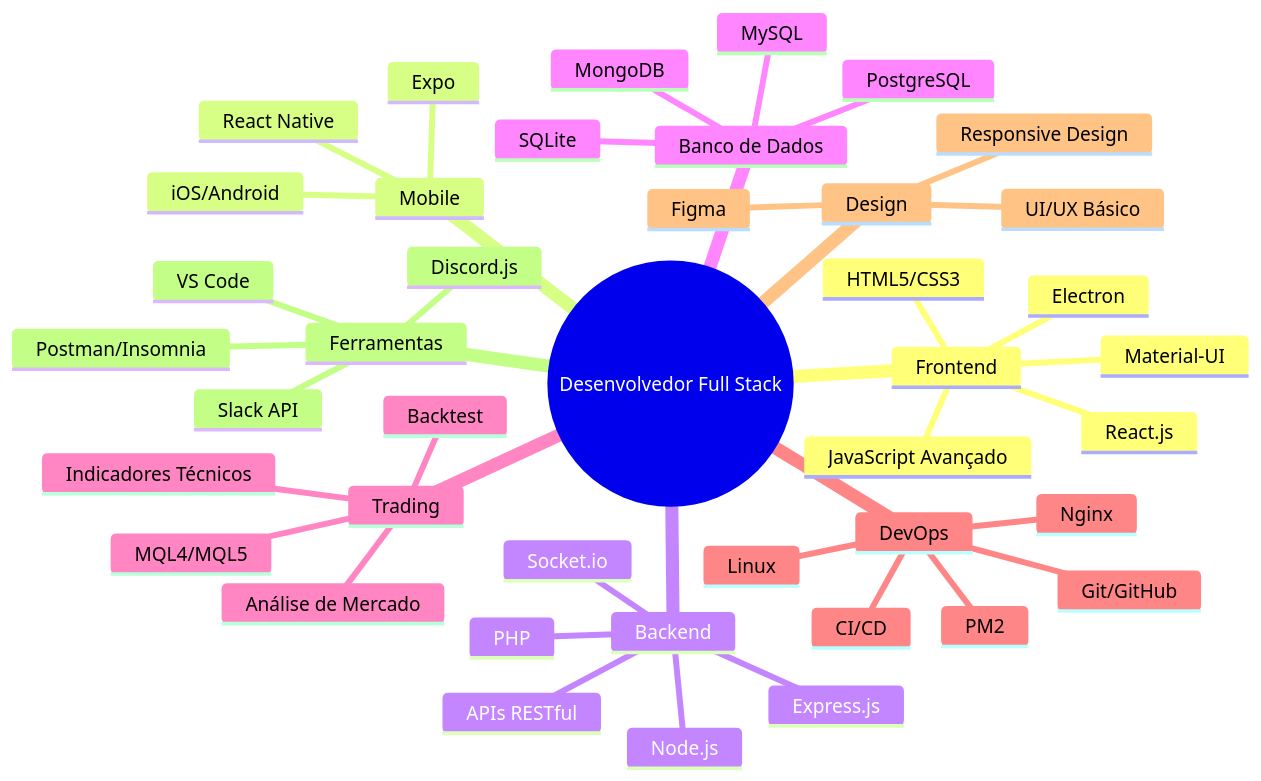
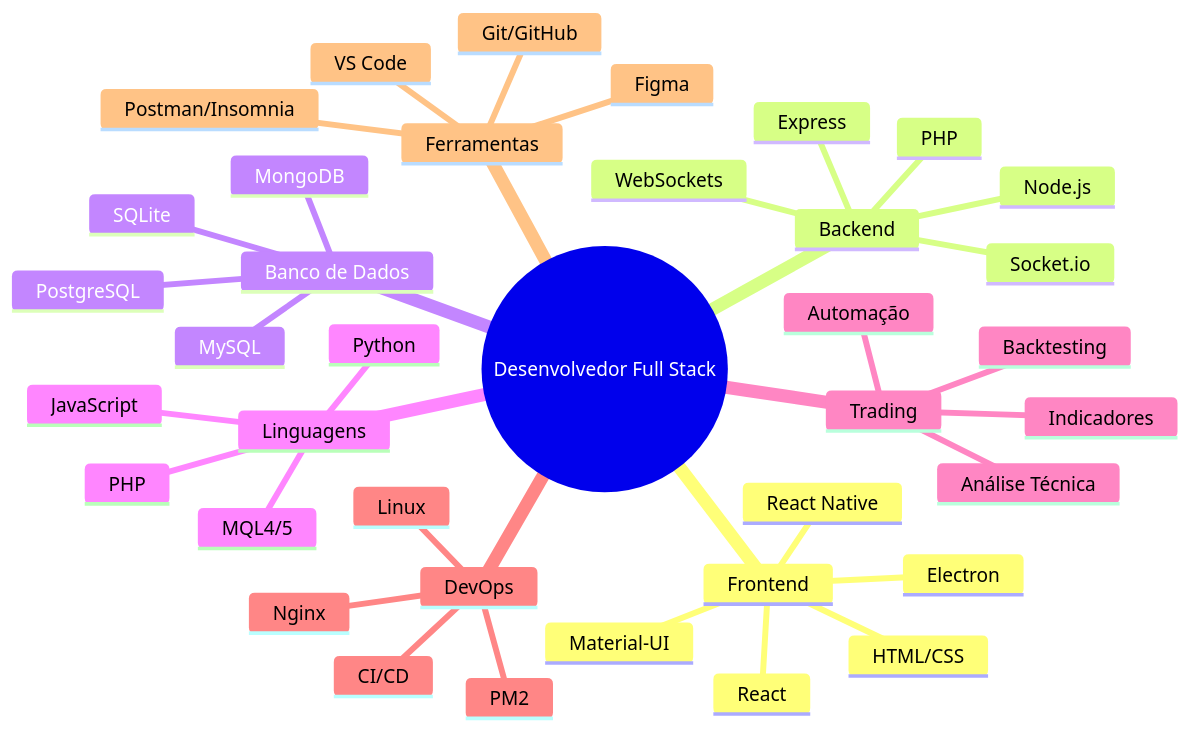
One commit to AlesonPungirum/AlesonPungirum changed the first of 4 diagrams in README.md. Above: the diagram before and after it, drawn with Mermaid.

````diff
--- a/README.md
+++ b/README.md
@@ -38,45 +38,41 @@
 ```mermaid
 mindmap
   root((Desenvolvedor Full Stack))
     Frontend
-      React.js
-      HTML5/CSS3
+      React
+      React Native
+      HTML/CSS
       Material-UI
-      JavaScript Avançado
       Electron
-    Mobile
-      React Native
-      Expo
-      iOS/Android
     Backend
       Node.js
-      Express.js
-      APIs RESTful
+      PHP
       Socket.io
-      PHP
+      Express
+      WebSockets
     Banco de Dados
       MySQL
       MongoDB
+      SQLite
       PostgreSQL
-      SQLite
+    Linguagens
+      JavaScript
+      Python
+      PHP
+      MQL4/5
     Trading
-      MQL4/MQL5
-      Indicadores Técnicos 
-      Backtest
-      Análise de Mercado
+      Análise Técnica
+      Indicadores
+      Backtesting
+      Automação
     DevOps
       Linux
-      Git/GitHub
+      Nginx
+      PM2
       CI/CD
-      PM2
-      Nginx
-    Design
-      Figma
-      UI/UX Básico
-      Responsive Design
     Ferramentas
       VS Code
+      Git/GitHub
       Postman/Insomnia
-      Discord.js
-      Slack API
+      Figma
 ```
````
